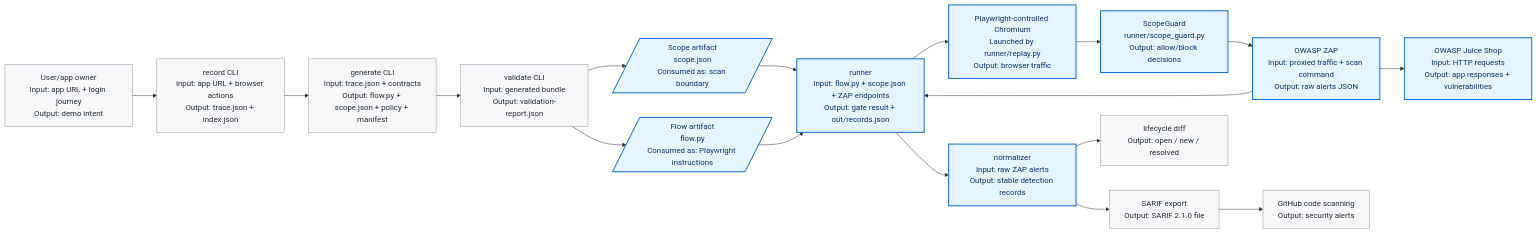
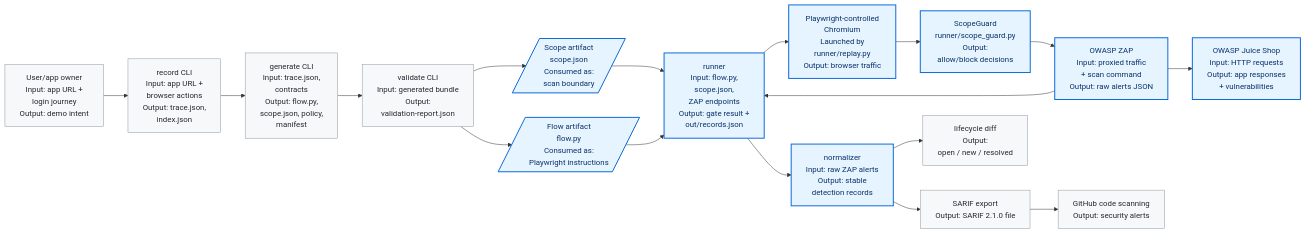
The second of 3 diagrams in docs/dast_poc_phase1_demo.md (CodyYang2016/Dast-Scanning-Tool), drawn with Mermaid before and after one commit. The commit also changed other lines of this file, not shown here.

````diff
--- a/docs/dast_poc_phase1_demo.md
+++ b/docs/dast_poc_phase1_demo.md
@@ -48,34 +48,34 @@
 ```mermaid
 flowchart LR
-  Human["User/app owner<br/>Input: app URL + login journey<br/>Output: demo intent"]
-  Record["record CLI<br/>Input: app URL + browser actions<br/>Output: trace.json + index.json"]
-  Generate["generate CLI<br/>Input: trace.json + contracts<br/>Output: flow.py + scope.json + policy + manifest"]
-  Validate["validate CLI<br/>Input: generated bundle<br/>Output: validation-report.json"]
+  Human["User/app owner<br/>Input: app URL +<br/>login journey<br/>Output: demo intent"]
+  Record["record CLI<br/>Input: app URL +<br/>browser actions<br/>Output: trace.json,<br/>index.json"]
+  Generate["generate CLI<br/>Input: trace.json,<br/>contracts<br/>Output: flow.py,<br/>scope.json, policy,<br/>manifest"]
+  Validate["validate CLI<br/>Input: generated bundle<br/>Output:<br/>validation-report.json"]
 
-  Scope[/"Scope artifact<br/>scope.json<br/>Consumed as: scan boundary"/]
-  Flow[/"Flow artifact<br/>flow.py<br/>Consumed as: Playwright instructions"/]
-  Playwright["Playwright-controlled Chromium<br/>Launched by runner/replay.py<br/>Output: browser traffic"]
-  Guard["ScopeGuard<br/>runner/scope_guard.py<br/>Output: allow/block decisions"]
-  Zap["OWASP ZAP<br/>Input: proxied traffic + scan command<br/>Output: raw alerts JSON"]
-  Juice["OWASP Juice Shop<br/>Input: HTTP requests<br/>Output: app responses + vulnerabilities"]
-  Runner["runner<br/>Input: flow.py + scope.json + ZAP endpoints<br/>Output: gate result + out/records.json"]
+  Scope[/"Scope artifact<br/>scope.json<br/>Consumed as:<br/>scan boundary"/]
+  Flow[/"Flow artifact<br/>flow.py<br/>Consumed as:<br/>Playwright instructions"/]
+  Playwright["Playwright-controlled<br/>Chromium<br/>Launched by<br/>runner/replay.py<br/>Output: browser traffic"]
+  Guard["ScopeGuard<br/>runner/scope_guard.py<br/>Output:<br/>allow/block decisions"]
+  Zap["OWASP ZAP<br/>Input: proxied traffic<br/>+ scan command<br/>Output: raw alerts JSON"]
+  Juice["OWASP Juice Shop<br/>Input: HTTP requests<br/>Output: app responses<br/>+ vulnerabilities"]
+  Runner["runner<br/>Input: flow.py,<br/>scope.json,<br/>ZAP endpoints<br/>Output: gate result +<br/>out/records.json"]
 
-  Normalize["normalizer<br/>Input: raw ZAP alerts<br/>Output: stable detection records"]
+  Normalize["normalizer<br/>Input: raw ZAP alerts<br/>Output: stable<br/>detection records"]
   Sarif["SARIF export<br/>Output: SARIF 2.1.0 file"]
   Github["GitHub code scanning<br/>Output: security alerts"]
-  Lifecycle["lifecycle diff<br/>Output: open / new / resolved"]
+  Lifecycle["lifecycle diff<br/>Output:<br/>open / new / resolved"]
 
   Human --> Record --> Generate --> Validate
   Validate --> Flow
   Validate --> Scope
   Scope --> Runner
   Flow --> Runner
   Runner --> Playwright --> Guard --> Zap --> Juice
   Zap --> Runner --> Normalize --> Sarif --> Github
   Normalize --> Lifecycle
 
   classDef phase1 fill:#e6f4ff,stroke:#0969da,stroke-width:2px,color:#0a3069
   classDef later fill:#f6f8fa,stroke:#8c959f,stroke-width:1px,color:#24292f
   class Scope,Flow,Playwright,Guard,Zap,Juice,Runner,Normalize phase1
   class Human,Record,Generate,Validate,Sarif,Github,Lifecycle later
 ```
````
